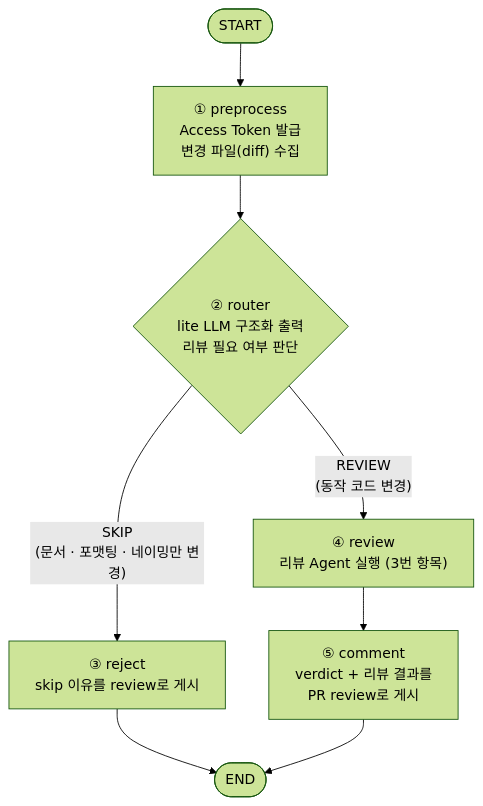
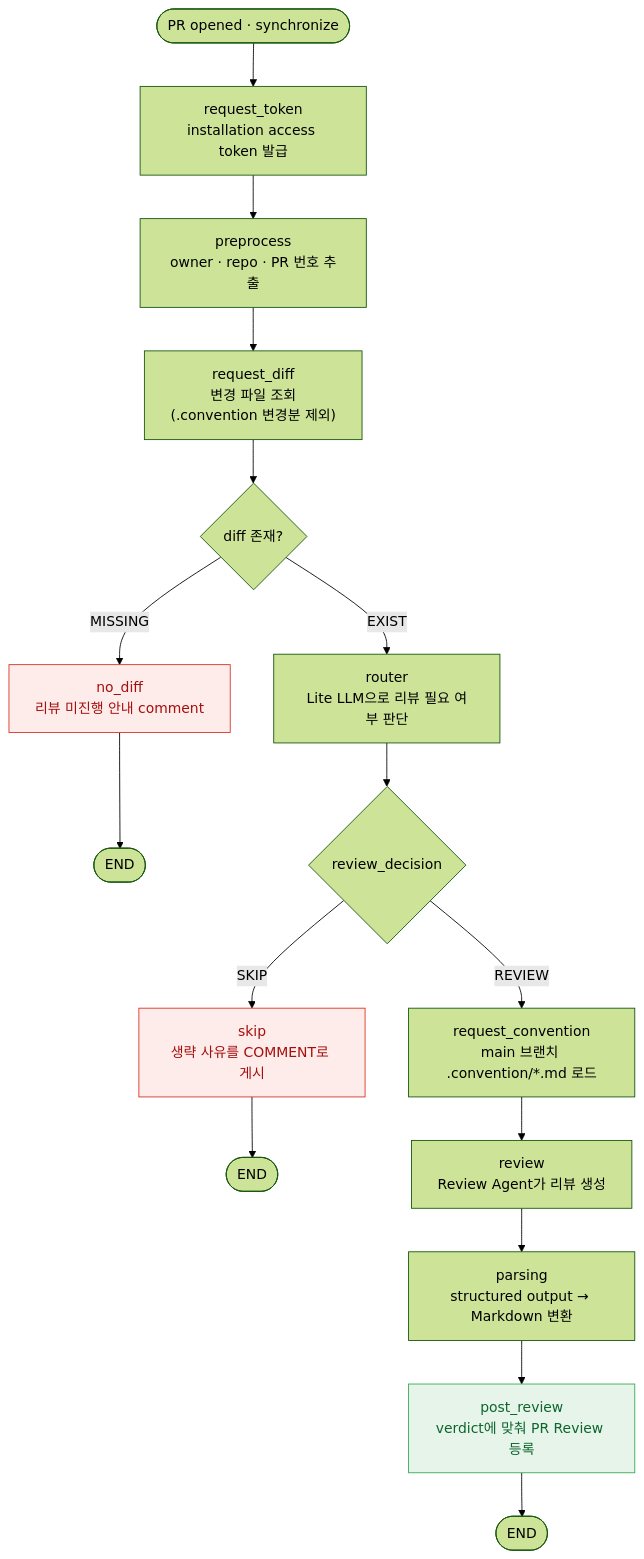
Before and after one commit to Ryuharam/vicki-project: the second of 3 diagrams in README.md, drawn with Mermaid (forest theme). The commit also changed other lines of this file and 7 other files, not shown here.

````diff
--- a/README.md
+++ b/README.md
@@ -60,14 +146,23 @@
 ```mermaid
 flowchart TD
-    S(["START"])
-    N1["① preprocess<br/>Access Token 발급<br/>변경 파일(diff) 수집"]
-    N2{"② router<br/>lite LLM 구조화 출력<br/>리뷰 필요 여부 판단"}
-    N3["③ reject<br/>skip 이유를 review로 게시"]
-    N4["④ review<br/>리뷰 Agent 실행 (3번 항목)"]
-    N5["⑤ comment<br/>verdict + 리뷰 결과를<br/>PR review로 게시"]
-    E(["END"])
+    S(["PR opened · synchronize"]) --> T["request_token<br/>installation access token 발급"]
+    T --> P["preprocess<br/>owner · repo · PR 번호 추출"]
+    P --> D["request_diff<br/>변경 파일 조회<br/>(.convention 변경분 제외)"]
+    D --> C1{"diff 존재?"}
+    C1 -- MISSING --> ND["no_diff<br/>리뷰 미진행 안내 comment"]
+    ND --> E1([END])
+    C1 -- EXIST --> R["router<br/>Lite LLM으로 리뷰 필요 여부 판단"]
+    R --> C2{"review_decision"}
+    C2 -- SKIP --> SK["skip<br/>생략 사유를 COMMENT로 게시"]
+    SK --> E2([END])
+    C2 -- REVIEW --> CV["request_convention<br/>main 브랜치 .convention/*.md 로드"]
+    CV --> RV["review<br/>Review Agent가 리뷰 생성"]
+    RV --> PS["parsing<br/>structured output → Markdown 변환"]
+    PS --> PO["post_review<br/>verdict에 맞춰 PR Review 등록"]
+    PO --> E3([END])
 
-    S --> N1 --> N2
-    N2 -- "SKIP<br/>(문서 · 포맷팅 · 네이밍만 변경)" --> N3 --> E
-    N2 -- "REVIEW<br/>(동작 코드 변경)" --> N4 --> N5 --> E
+    classDef skip fill:#fdecea,stroke:#d93025,color:#a50e0e
+    classDef done fill:#e6f4ea,stroke:#34a853,color:#0d652d
+    class ND,SK skip
+    class PO done
 ```
````
